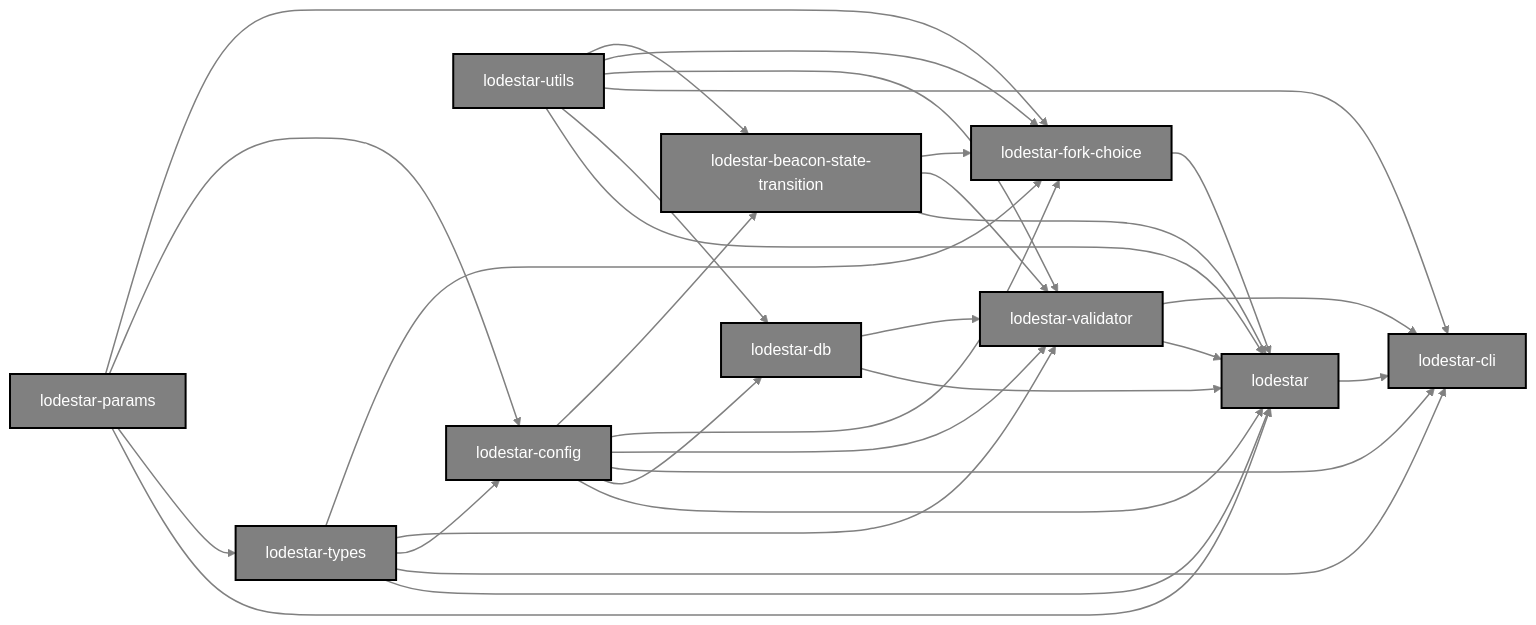
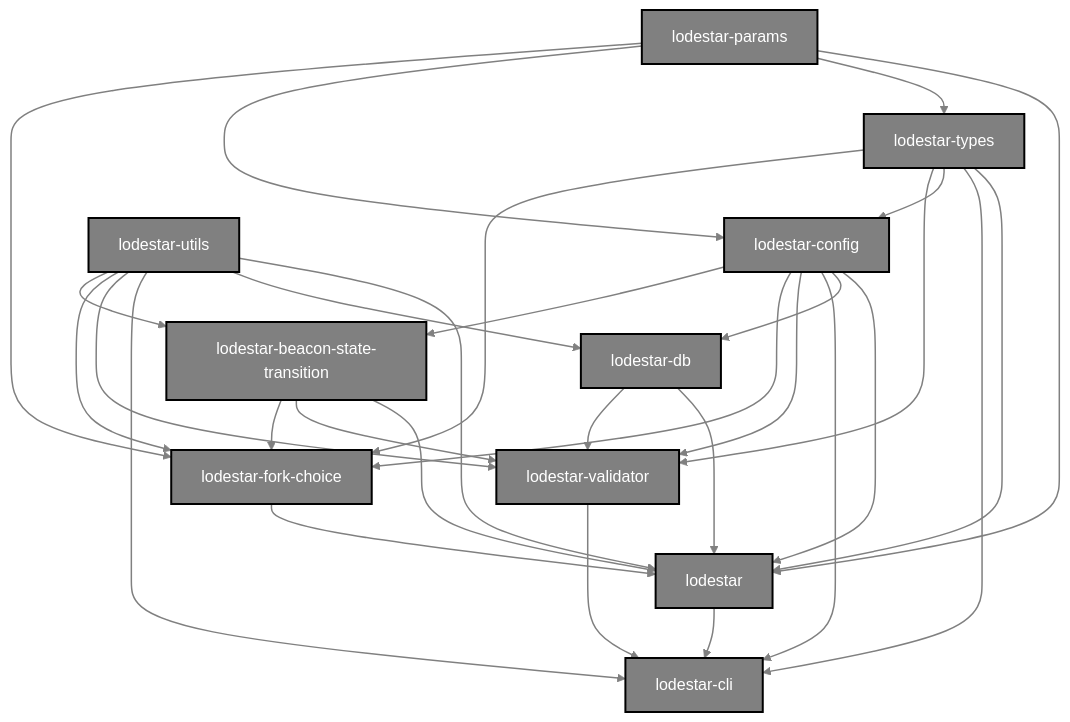
Before and after one commit to ChainSafe/lodestar: the diagram in docs/design/depgraph.md, drawn with Mermaid. The commit also changed other lines of this file, not shown here.

Commit message:
dependency graph visual update and explainer section

````diff
--- a/docs/design/depgraph.md
+++ b/docs/design/depgraph.md
@@ -4,65 +8,64 @@
 ```mermaid
-graph LR
+graph TD
     lodestar["lodestar"]:::nodemodule
     cli["lodestar-cli"]:::nodemodule
     config["lodestar-config"]:::nodemodule
     db["lodestar-db"]:::nodemodule
     fork-choice["lodestar-fork-choice"]:::nodemodule
     params["lodestar-params"]:::nodemodule
     types["lodestar-types"]:::nodemodule
     utils["lodestar-utils"]:::nodemodule
     validator["lodestar-validator"]:::nodemodule
     state-trans["lodestar-beacon-state-transition"]:::nodemodule
     
-    state-trans-->lodestar
-    config-->lodestar
-    db-->lodestar
-    params-->lodestar
-    types-->lodestar
-    utils-->lodestar
-    validator-->lodestar
-    fork-choice-->lodestar
+    state-trans==>lodestar
+    config==>lodestar
+    db==>lodestar
+    params==>lodestar
+    types==>lodestar
+    utils==>lodestar
+    fork-choice==>lodestar
     
-    config-->db
-    utils-->db
+    config==>db
+    utils==>db
     
-    lodestar-->cli
-    config-->cli
-    types-->cli
-    utils-->cli
-    validator-->cli
+    lodestar==>cli
+    config==>cli
+    types==>cli
+    utils==>cli
+    validator==>cli
     
-    params-->types
+    params==>types
     
-    params-->config
-    types-->config
+    params==>config
+    types==>config
     
-    state-trans-->validator
-    config-->validator
-    types-->validator
-    utils-->validator
-    db-->validator
+    state-trans==>validator
+    config==>validator
+    types==>validator
+    utils==>validator
+    db==>validator
     
-    state-trans-->fork-choice
-    config-->fork-choice
-    params-->fork-choice
-    types-->fork-choice
-    utils-->fork-choice
+    state-trans==>fork-choice
+    config==>fork-choice
+    params==>fork-choice
+    types==>fork-choice
+    utils==>fork-choice
     
-    config-->state-trans
-    utils-->state-trans
+    config==>state-trans
+    utils==>state-trans
     
     click cli "https://github.com/ChainSafe/lodestar/tree/master/packages/lodestar-cli"
     click lodestar "https://github.com/ChainSafe/lodestar/tree/master/packages/lodestar"
     click validator "https://github.com/ChainSafe/lodestar/tree/master/packages/lodestar-validator"
     click db "https://github.com/ChainSafe/lodestar/tree/master/packages/lodestar-db"
     click params "https://github.com/ChainSafe/lodestar/tree/master/packages/lodestar-params"
     click state-trans "https://github.com/ChainSafe/lodestar/tree/master/packages/lodestar-beacon-state-transition"
     click fork-choice "https://github.com/ChainSafe/lodestar/tree/master/packages/lodestar-fork-choice"
     click types "https://github.com/ChainSafe/lodestar/tree/master/packages/lodestar-types"
     click utils "https://github.com/ChainSafe/lodestar/tree/master/packages/lodestar-utils"
     click config "https://github.com/ChainSafe/lodestar/tree/master/packages/lodestar-config"
 
     classDef nodemodule fill:grey,stroke-width:2px,stroke:black,color:white;
     linkStyle default stroke:grey, fill:none,stroke-width:1.5px;
 ```
````
